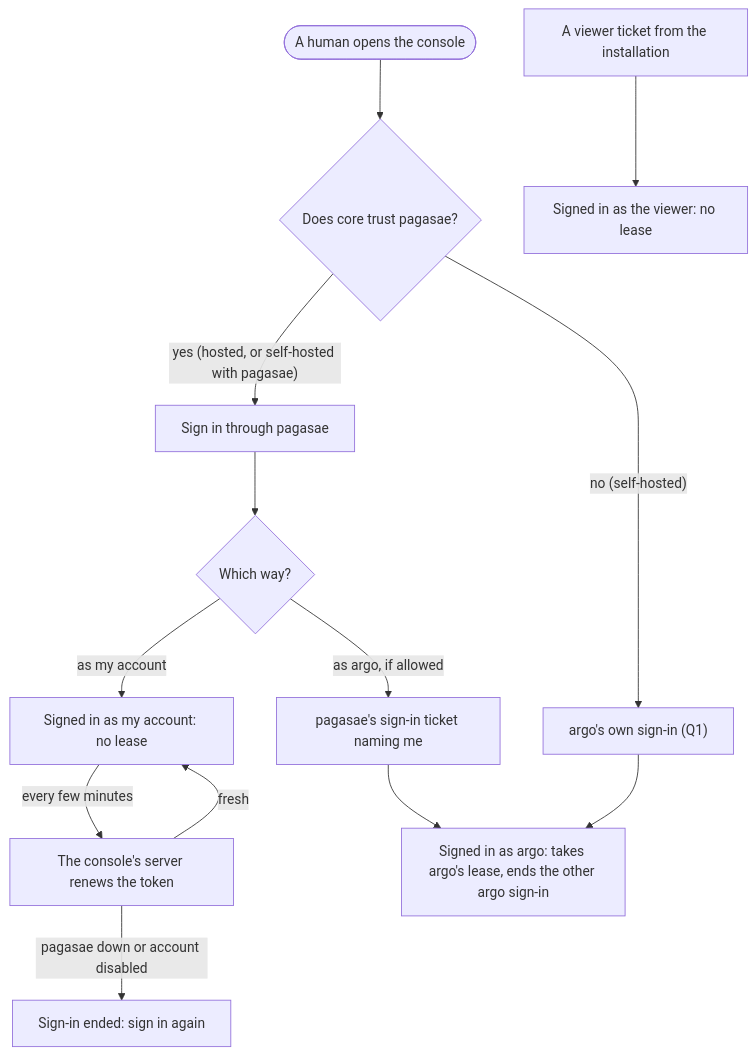
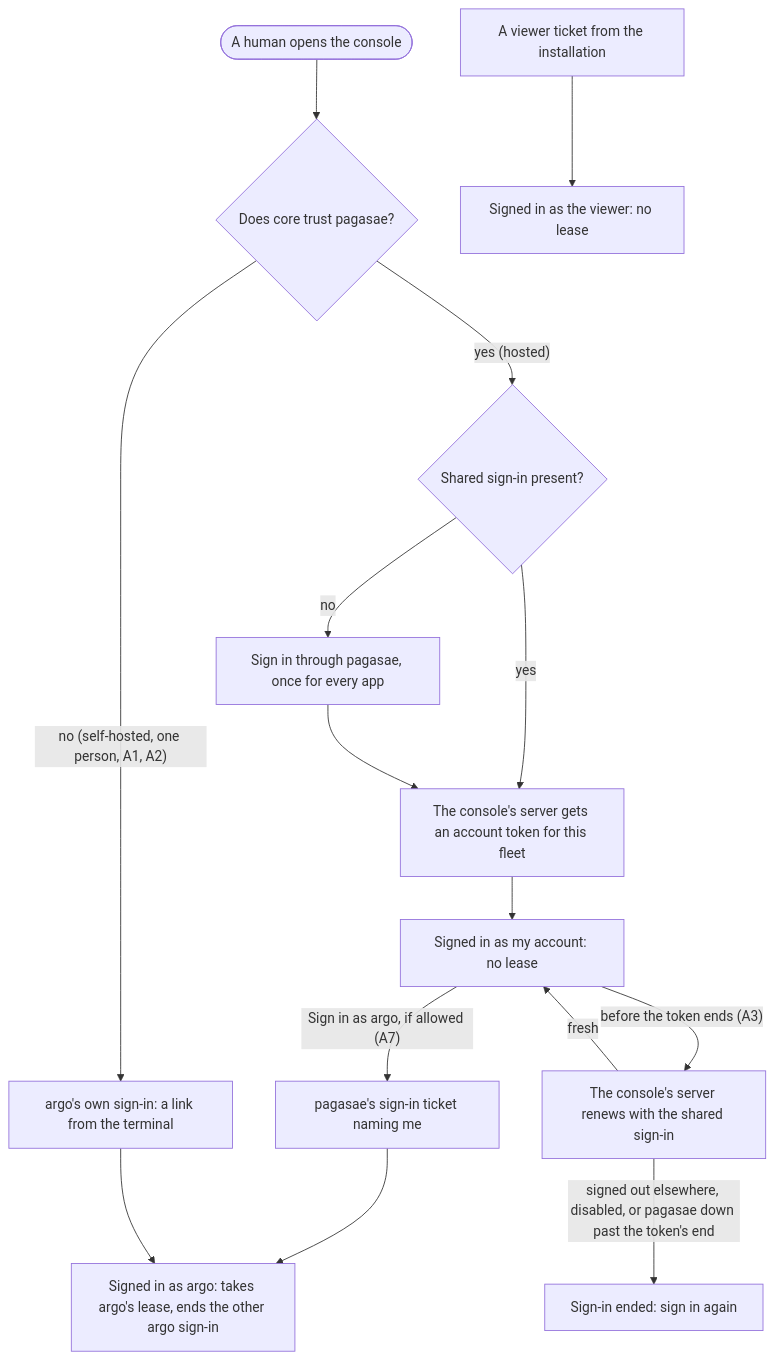
One commit to ThomasHendrickx/aeolus-fleet changed the first of 10 diagrams in docs/design/accounts/console.md. Above: the diagram before and after it, drawn with Mermaid. The commit also changed other lines of this file, not shown here.

First line of the commit message:
docs: accounts in the console as decided (#1036)

````diff
--- a/docs/design/accounts/console.md
+++ b/docs/design/accounts/console.md
@@ -58,15 +93,17 @@
 ```mermaid
 flowchart TD
   start([A human opens the console]) --> issuer{Does core trust pagasae?}
-  issuer -- "yes (hosted, or self-hosted with pagasae)" --> acct[Sign in through pagasae]
-  issuer -- "no (self-hosted)" --> own["argo's own sign-in (Q1)"]
-  acct --> pick{Which way?}
-  pick -- "as my account" --> signedAcct[Signed in as my account: no lease]
-  pick -- "as argo, if allowed" --> ticket[pagasae's sign-in ticket naming me]
+  issuer -- "yes (hosted)" --> shared{Shared sign-in present?}
+  shared -- yes --> token[The console's server gets an account token for this fleet]
+  shared -- no --> acct[Sign in through pagasae, once for every app]
+  acct --> token
+  token --> signedAcct[Signed in as my account: no lease]
+  signedAcct -- "Sign in as argo, if allowed (A7)" --> ticket[pagasae's sign-in ticket naming me]
   ticket --> signedArgo[Signed in as argo: takes argo's lease, ends the other argo sign-in]
+  issuer -- "no (self-hosted, one person, A1, A2)" --> own[argo's own sign-in: a link from the terminal]
   own --> signedArgo
   viewerTicket[A viewer ticket from the installation] --> signedViewer[Signed in as the viewer: no lease]
-  signedAcct -- "every few minutes" --> renew[The console's server renews the token]
+  signedAcct -- "before the token ends (A3)" --> renew[The console's server renews with the shared sign-in]
   renew -- fresh --> signedAcct
-  renew -- "pagasae down or account disabled" --> ended[Sign-in ended: sign in again]
+  renew -- "signed out elsewhere, disabled, or pagasae down past the token's end" --> ended[Sign-in ended: sign in again]
 ```
````
